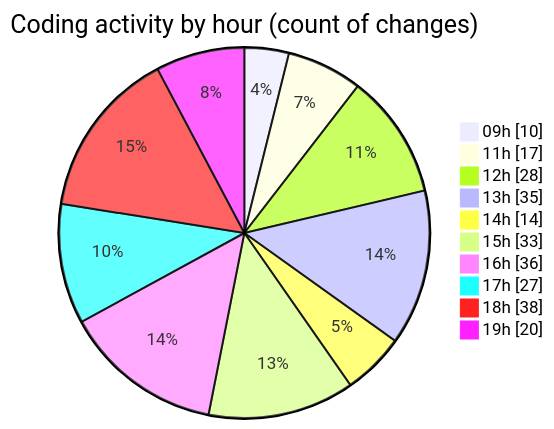
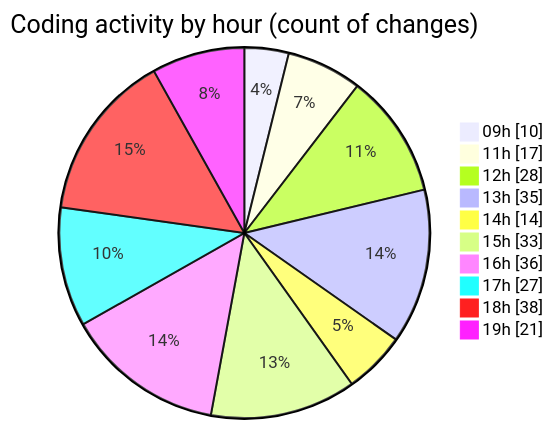
One commit to momahboobian/code-tracking changed the second of 2 diagrams in 2026-05-07/cda/README.md. Above: the diagram before and after it, drawn with Mermaid. The commit also changed other lines of this file and 1 other file, not shown here.

````diff
--- a/2026-05-07/cda/README.md
+++ b/2026-05-07/cda/README.md
@@ -58,14 +58,14 @@
 ```mermaid
 pie showData
 title Coding activity by hour (count of changes)
 "09h" : 10
 "11h" : 17
 "12h" : 28
 "13h" : 35
 "14h" : 14
 "15h" : 33
 "16h" : 36
 "17h" : 27
 "18h" : 38
-"19h" : 20
+"19h" : 21
 ```
````
